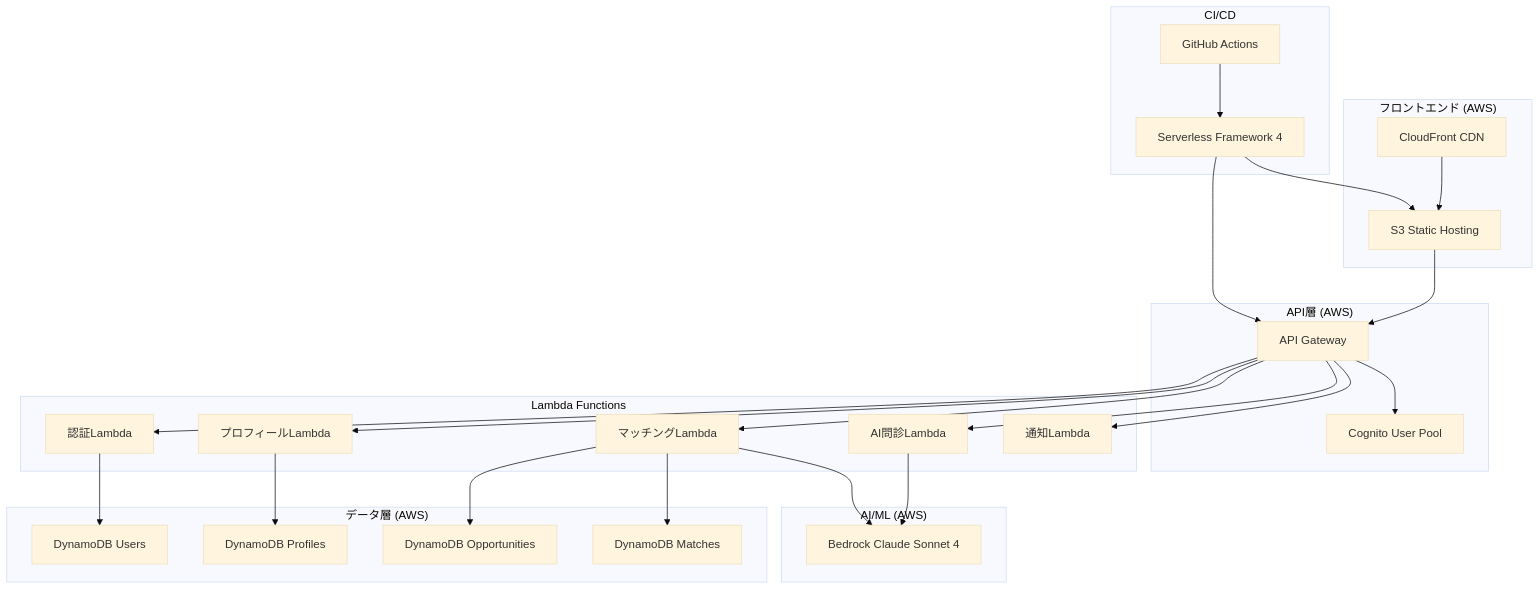
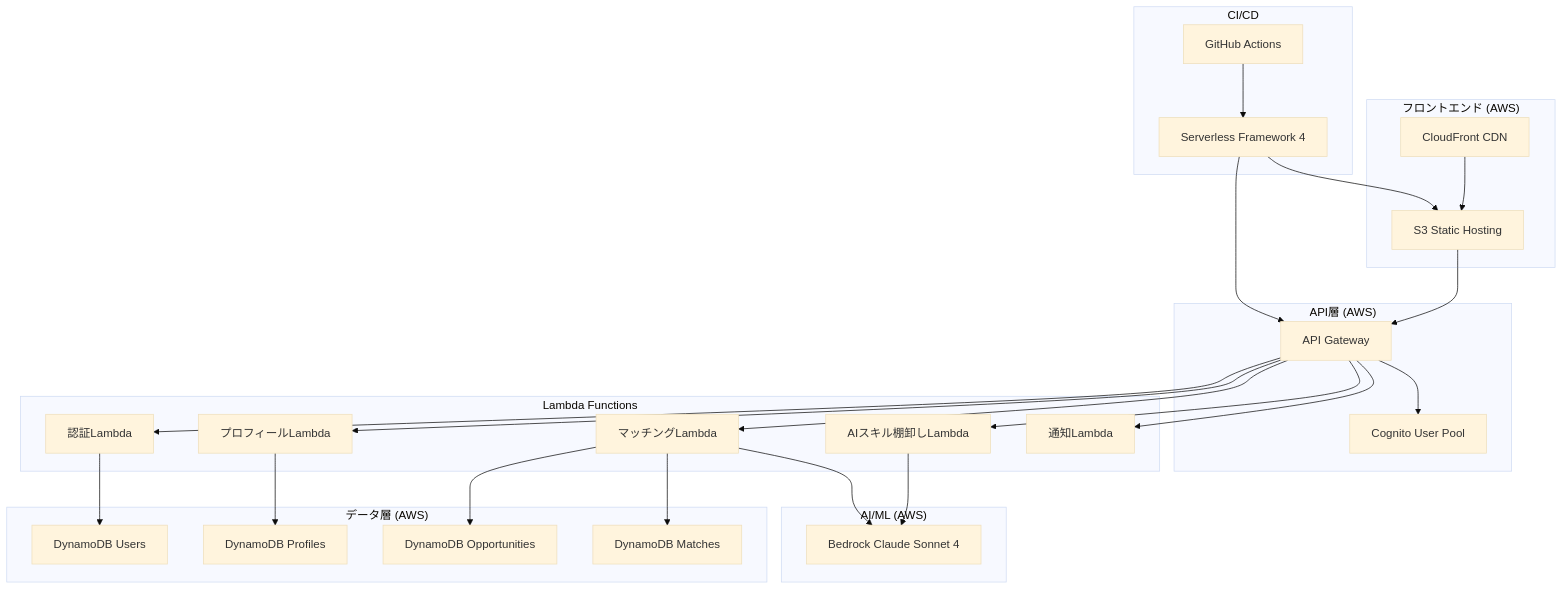
One commit to leadlea/honda changed the first of 2 diagrams in .kiro/specs/veteran-talent-matching/design.md. Above: the diagram before and after it, drawn with Mermaid (base theme). The commit also changed other lines of this file and 59 other files, not shown here.

````diff
--- a/.kiro/specs/veteran-talent-matching/design.md
+++ b/.kiro/specs/veteran-talent-matching/design.md
@@ -11,57 +11,57 @@
 ```mermaid
 graph TB
     subgraph "フロントエンド (AWS)"
         S3[S3 Static Hosting]
         CF[CloudFront CDN]
     end
     
     subgraph "API層 (AWS)"
         APIGW[API Gateway]
         COGNITO[Cognito User Pool]
     end
     
     subgraph "Lambda Functions"
         AUTH_LAMBDA[認証Lambda]
         PROFILE_LAMBDA[プロフィールLambda]
-        AI_LAMBDA[AI問診Lambda]
+        AI_LAMBDA[AIスキル棚卸しLambda]
         MATCH_LAMBDA[マッチングLambda]
         NOTIF_LAMBDA[通知Lambda]
     end
     
     subgraph "AI/ML (AWS)"
         BEDROCK[Bedrock Claude Sonnet 4]
     end
     
     subgraph "データ層 (AWS)"
         DYNAMO_USER[DynamoDB Users]
         DYNAMO_PROFILE[DynamoDB Profiles]
         DYNAMO_OPP[DynamoDB Opportunities]
         DYNAMO_MATCH[DynamoDB Matches]
     end
     
     subgraph "CI/CD"
         GITHUB[GitHub Actions]
         SERVERLESS[Serverless Framework 4]
     end
     
     CF --> S3
     S3 --> APIGW
     APIGW --> COGNITO
     APIGW --> AUTH_LAMBDA
     APIGW --> PROFILE_LAMBDA
     APIGW --> AI_LAMBDA
     APIGW --> MATCH_LAMBDA
     APIGW --> NOTIF_LAMBDA
     
     AI_LAMBDA --> BEDROCK
     MATCH_LAMBDA --> BEDROCK
     
     AUTH_LAMBDA --> DYNAMO_USER
     PROFILE_LAMBDA --> DYNAMO_PROFILE
     MATCH_LAMBDA --> DYNAMO_OPP
     MATCH_LAMBDA --> DYNAMO_MATCH
     
     GITHUB --> SERVERLESS
     SERVERLESS --> APIGW
     SERVERLESS --> S3
 ```
````
